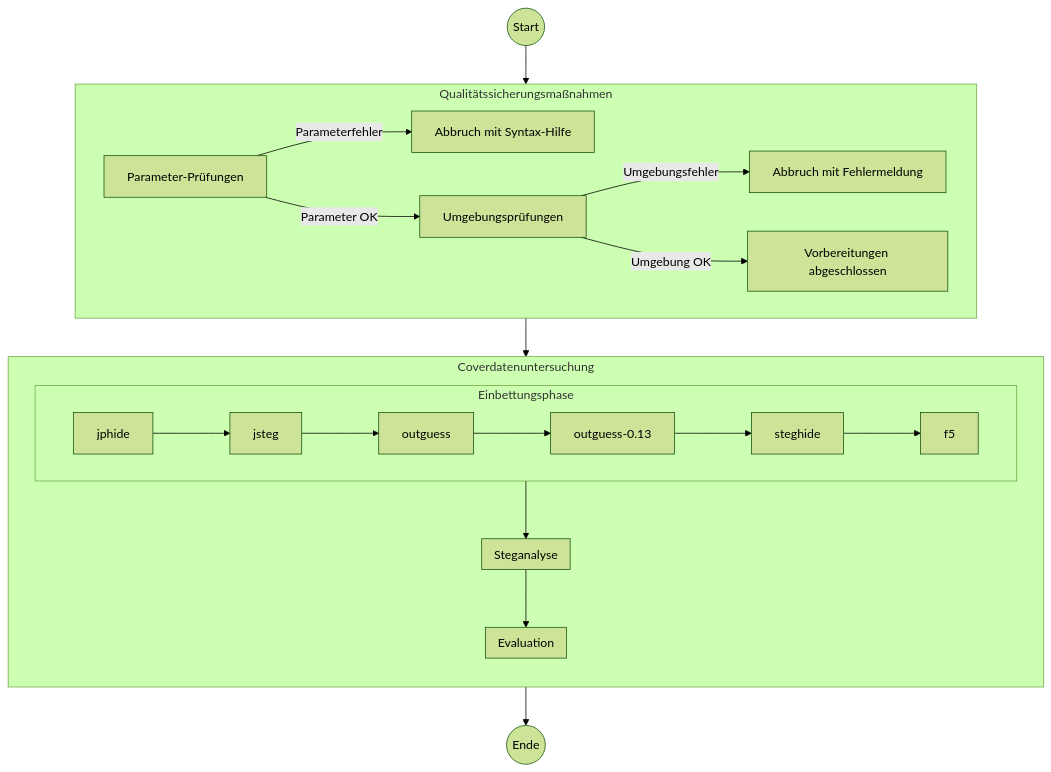
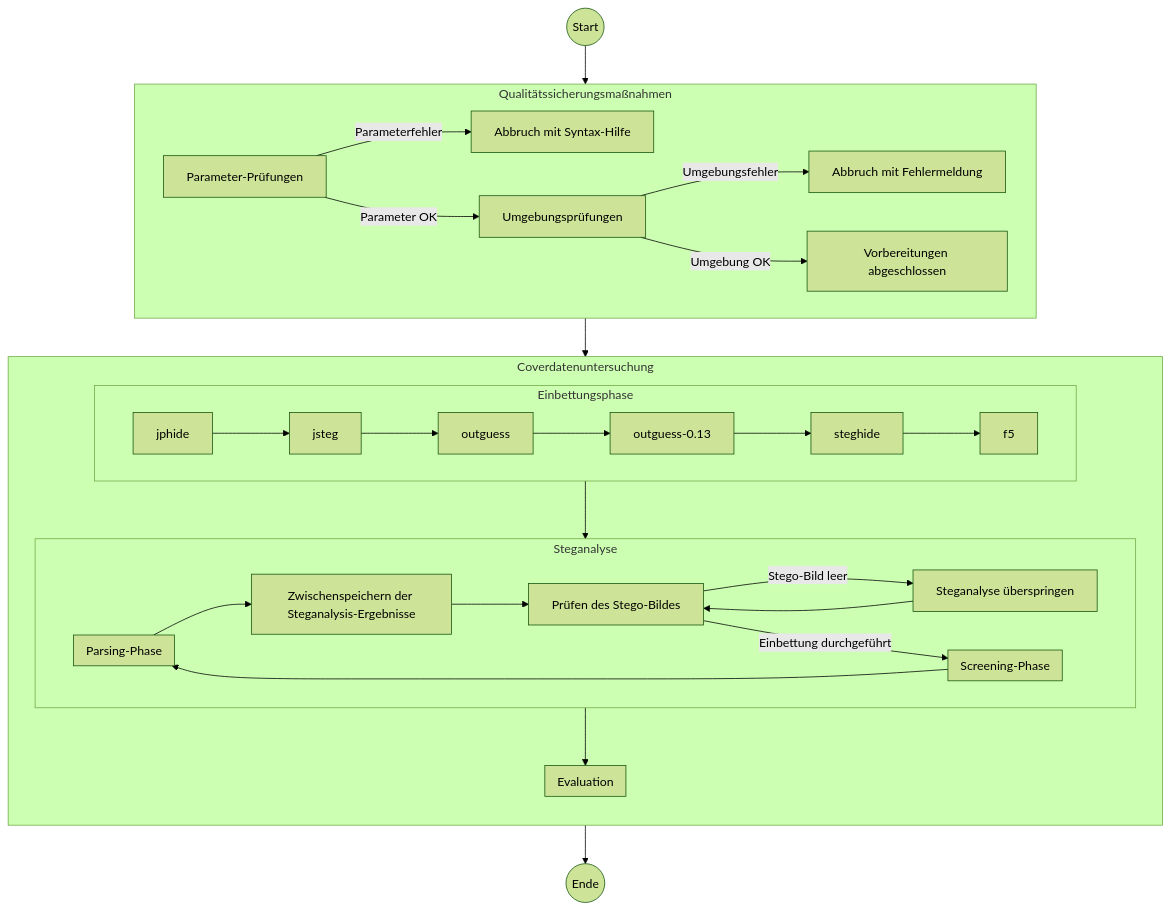
The diagram in SMKITS5/README.md (bh-8/amsl-it-security-projects), drawn with Mermaid (forest theme) before and after one commit. The commit also changed other lines of this file, not shown here.

````diff
--- a/SMKITS5/README.md
+++ b/SMKITS5/README.md
@@ -135,46 +104,61 @@
     ```mermaid
     flowchart TB
       start(("Start"))
       subgraph Qualitätssicherungsmaßnahmen
         direction LR
         paramchecks["Parameter-Prüfungen"]
         aborthelp["Abbruch mit Syntax-Hilfe"]
         envchecks["Umgebungsprüfungen"]
         aborterr["Abbruch mit Fehlermeldung"]
         qa["Vorbereitungen abgeschlossen"]
         paramchecks
         paramchecks--"Parameterfehler"-->aborthelp
         paramchecks--"Parameter OK"-->envchecks
         envchecks--"Umgebungsfehler"-->aborterr
         envchecks--"Umgebung OK"-->qa
       end
       subgraph Coverdatenuntersuchung
         direction TB
         subgraph Einbettungsphase
           direction LR
           jphide["jphide"]
           jsteg["jsteg"]
           outguess["outguess"]
           outguess-0.13["outguess-0.13"]
           steghide["steghide"]
           f5["f5"]
           jphide-->jsteg
           jsteg-->outguess
           outguess-->outguess-0.13
           outguess-0.13-->steghide
           steghide-->f5
         end
         subgraph Steganalyse
-        
+          direction LR
+          stegocheck["Prüfen des Stego-Bildes"]
+          skipempty["Steganalyse überspringen"]
+          subgraph Screening-Phase
+          
+          end
+          subgraph Parsing-Phase
+          
+          end
+          savecsv["Zwischenspeichern der Steganalysis-Ergebnisse"]
+          stegocheck--"Stego-Bild leer"-->skipempty
+          skipempty-->stegocheck
+          stegocheck--"Einbettung durchgeführt"-->Screening-Phase
+          Screening-Phase-->Parsing-Phase
+          Parsing-Phase-->savecsv
+          savecsv-->stegocheck
         end
         subgraph Evaluation
         
         end
         Einbettungsphase-->Steganalyse
         Steganalyse-->Evaluation
       end
       finish(("Ende"))
       start-->Qualitätssicherungsmaßnahmen
       Qualitätssicherungsmaßnahmen-->Coverdatenuntersuchung
       Coverdatenuntersuchung-->finish
     ```  
````
